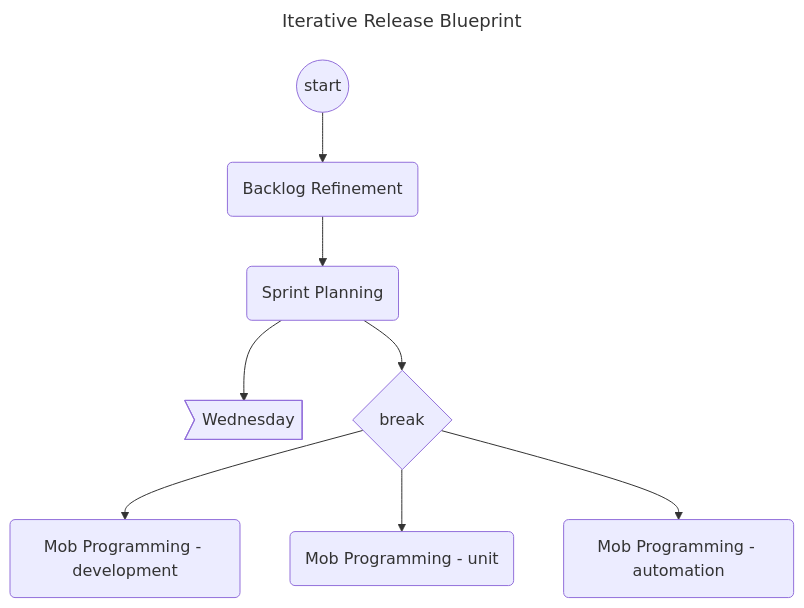
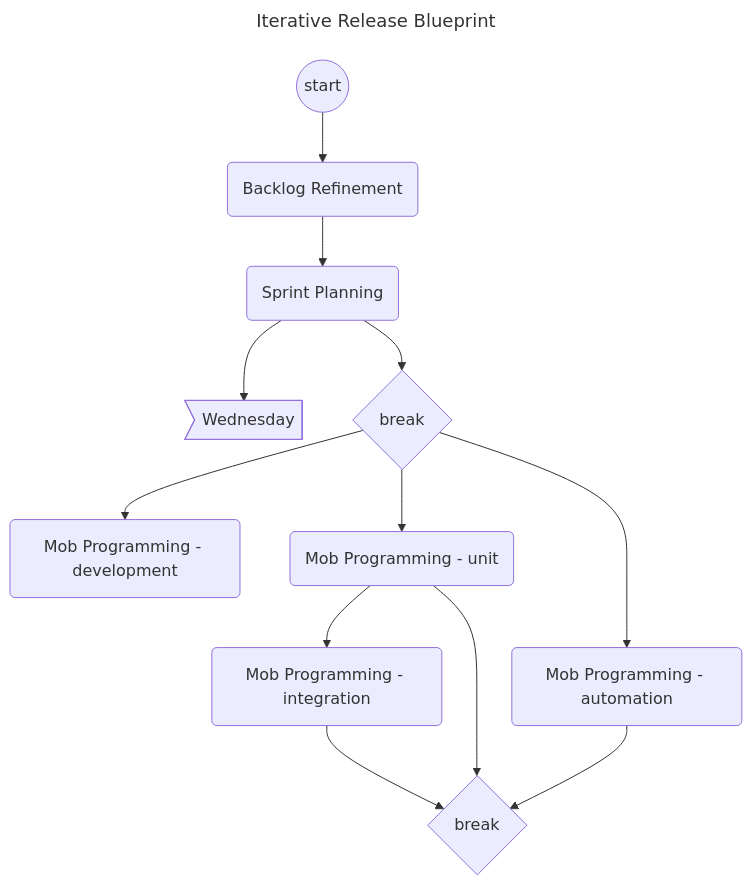
Before and after one commit to jessicahirsch/Mermaid-Diagrams: the diagram in diagrams/diagram3.mmd, drawn with Mermaid.

Commit message:
feat(diagram3): Mob Programming blocks to break block

```diff
--- a/diagrams/diagram3.mmd
+++ b/diagrams/diagram3.mmd
@@ -1,16 +1,20 @@
 ---
 title: Iterative Release Blueprint
 ---
 
 flowchart TD
 
 id1((start))-->A(Backlog Refinement)
 A(Backlog Refinement)-->B(Sprint Planning)
 
 B(Sprint Planning)-->id2>Wednesday]
 
 B(Sprint Planning)-->id3{break}
 
 id3{break}-->C(Mob Programming - development)
-id3{break}-->D(Mob Programming - unit)
+id3{break}-->D(Mob Programming - unit)-->F(Mob Programming - integration)
 id3{break}-->E(Mob Programming - automation)
+
+D(Mob Programming - unit)-->id4{break}
+E(Mob Programming - automation)-->id4{break}
+F(Mob Programming - integration)-->id4{break}
```
